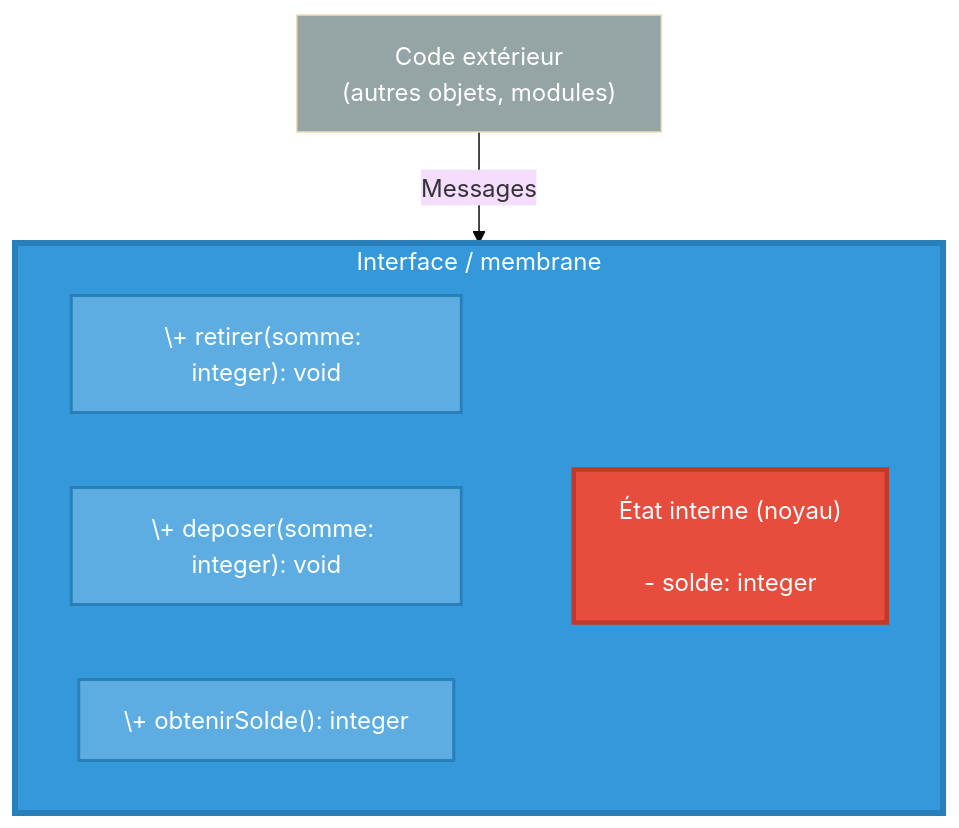
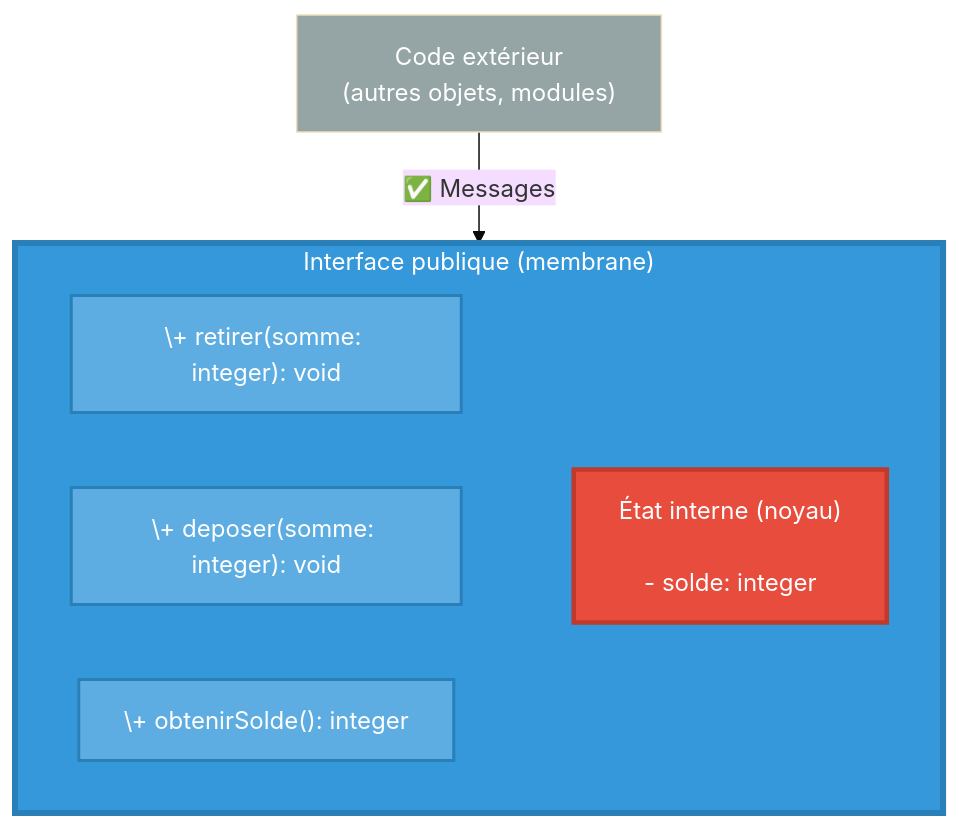
One commit to AlexDmr/l3m-2026-2027-apo changed the diagram in Cours/BasesPOO/pourquoi-des-objets.md. Above: the diagram before and after it, drawn with Mermaid (base theme). The commit also changed other lines of this file, not shown here.

````diff
--- a/Cours/BasesPOO/pourquoi-des-objets.md
+++ b/Cours/BasesPOO/pourquoi-des-objets.md
@@ -65,25 +61,25 @@
 ```mermaid
 graph TB
     EXT["Code extérieur<br/>(autres objets, modules)"]
     
-    subgraph MEMBRANE["Interface / membrane"]
+    subgraph MEMBRANE["Interface publique (membrane)"]
         M1["\+ retirer(somme: integer): void"]
         M2["\+ deposer(somme: integer): void"]
         M3["\+ obtenirSolde(): integer"]
         
         NOYAU["État interne (noyau)<br/><br/>- solde: integer<br/>"]
         
         M1 ~~~ NOYAU
         M2 ~~~ NOYAU
         M3 ~~~ NOYAU
     end
     
-    EXT -->|"Messages"| MEMBRANE
+    EXT -->|"✅ Messages"| MEMBRANE
     
     style MEMBRANE fill:#3498db,stroke:#2980b9,stroke-width:4px,color:#fff
     style NOYAU fill:#e74c3c,stroke:#c0392b,stroke-width:3px,color:#fff
     style M1 fill:#5dade2,stroke:#2980b9,stroke-width:2px,color:#fff
     style M2 fill:#5dade2,stroke:#2980b9,stroke-width:2px,color:#fff
     style M3 fill:#5dade2,stroke:#2980b9,stroke-width:2px,color:#fff
     style EXT fill:#95a5a6,color:#fff
 ```
````
